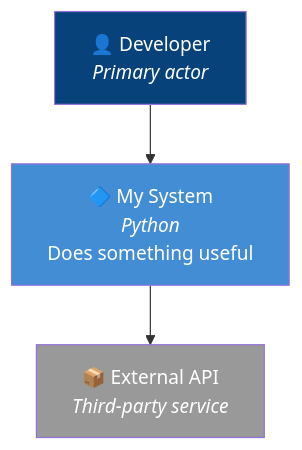
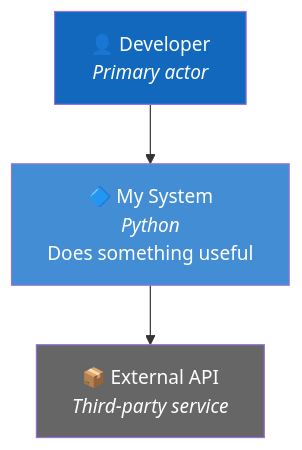
Before and after one commit to Alberto-Codes/gepa-adk: diagram 11 of 11 in .specify/templates/architecture-template.md, drawn with Mermaid. The commit also changed other lines of this file, not shown here.

Commit message:
feat(spec): update color styles in architecture diagrams for improved theme compatibility

````diff
--- a/.specify/templates/architecture-template.md
+++ b/.specify/templates/architecture-template.md
@@ -419,12 +421,12 @@
 ```mermaid
 flowchart TB
     user["👤 Developer<br/><i>Primary actor</i>"]
     system["🔷 My System<br/><i>Python</i><br/>Does something useful"]
     external["📦 External API<br/><i>Third-party service</i>"]
 
     user --> system --> external
 
-    style user fill:#08427B,color:#fff
+    style user fill:#1168BD,color:#fff
     style system fill:#438DD5,color:#fff
-    style external fill:#999,color:#fff
+    style external fill:#666666,color:#fff
 ```
````
